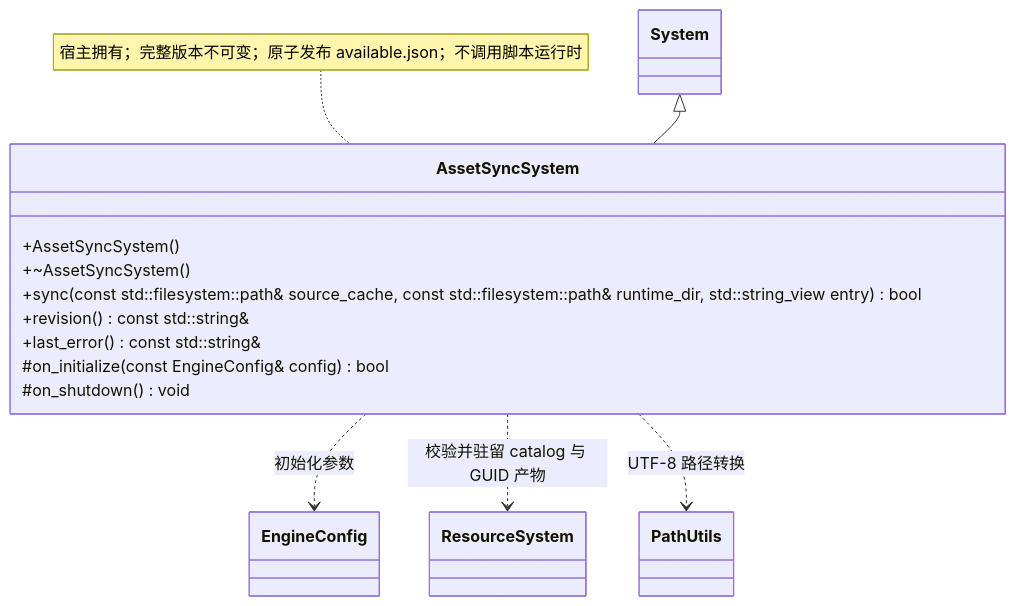
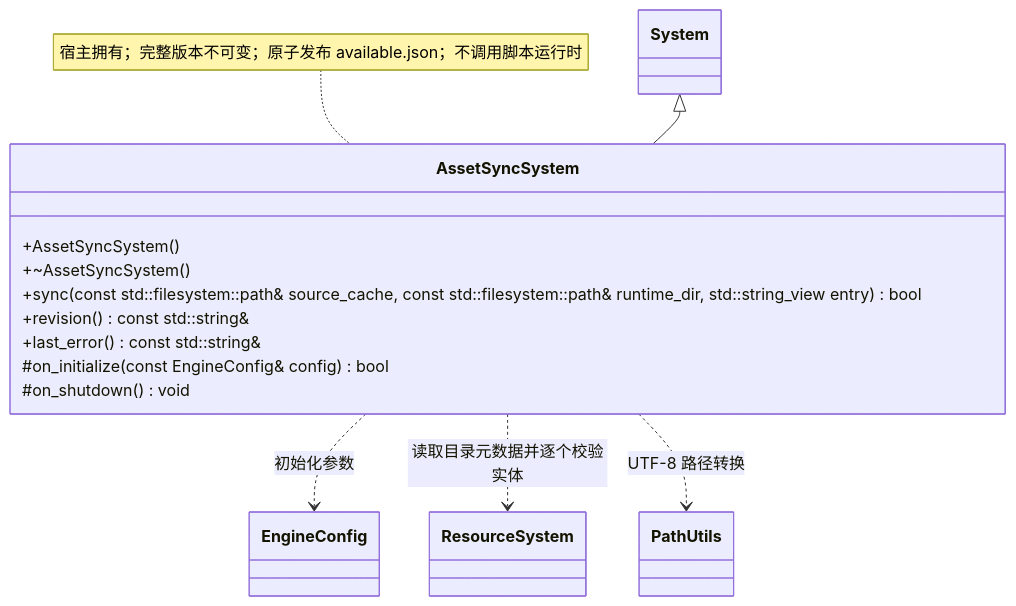
One commit to lcals/Engine changed the diagram in docs/editor/class-diagrams/asset-sync-system.md. Above: the diagram before and after it, drawn with Mermaid. The commit also changed other lines of this file and 96 other files, not shown here.

````diff
--- a/docs/editor/class-diagrams/asset-sync-system.md
+++ b/docs/editor/class-diagrams/asset-sync-system.md
@@ -7,22 +9,22 @@
 ```mermaid
 classDiagram
     direction TB
     class AssetSyncSystem {
         +AssetSyncSystem()
         +~AssetSyncSystem()
         +sync(const std::filesystem::path& source_cache, const std::filesystem::path& runtime_dir, std::string_view entry) bool
         +revision() const std::string&
         +last_error() const std::string&
         #on_initialize(const EngineConfig& config) bool
         #on_shutdown() void
     }
     class System
     class EngineConfig
     class ResourceSystem
     System <|-- AssetSyncSystem
     AssetSyncSystem ..> EngineConfig : 初始化参数
-    AssetSyncSystem ..> ResourceSystem : 校验并驻留 catalog 与 GUID 产物
+    AssetSyncSystem ..> ResourceSystem : 读取目录元数据并逐个校验实体
     note for AssetSyncSystem "宿主拥有；完整版本不可变；原子发布 available.json；不调用脚本运行时"
     class PathUtils
     AssetSyncSystem ..> PathUtils : UTF-8 路径转换
 ```
````
